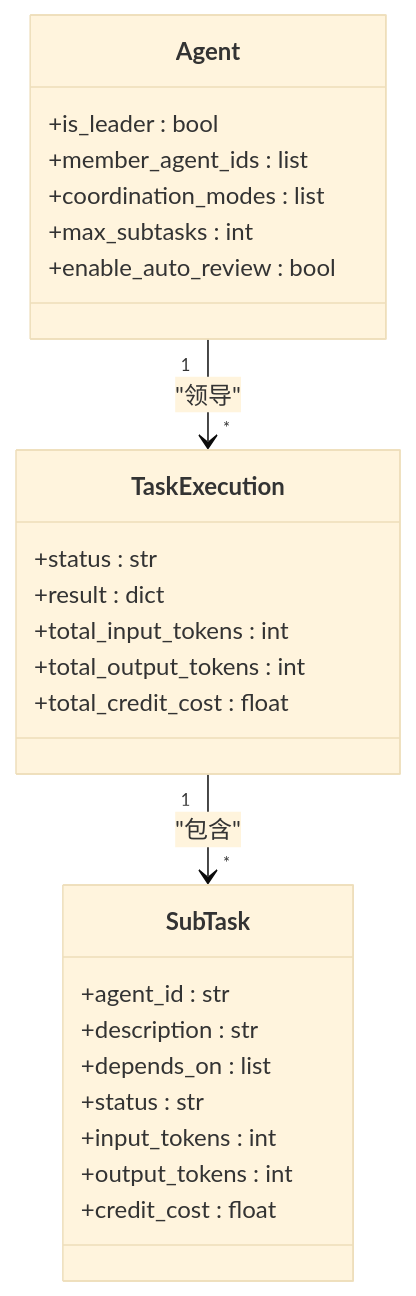
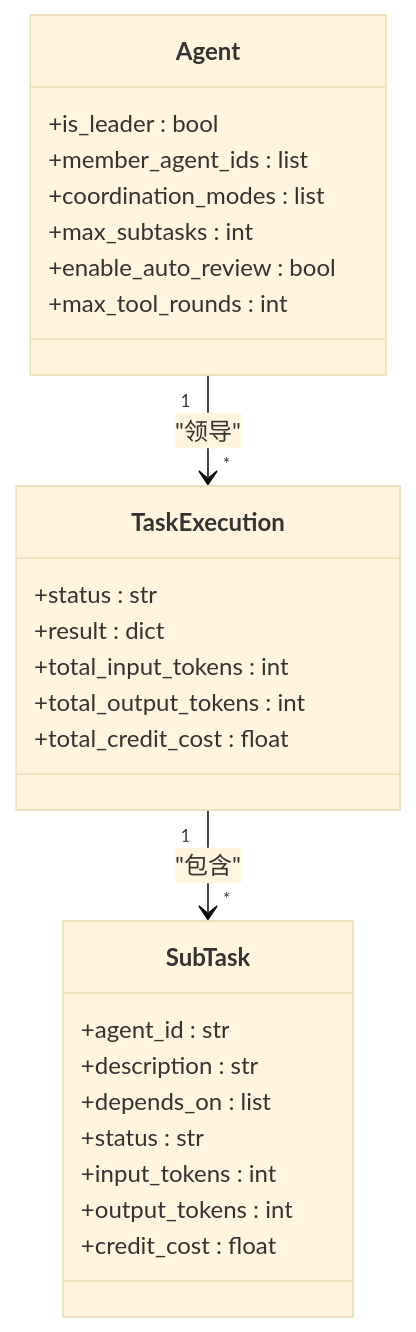
Before and after one commit to KunLabAI/KunFlix: the fourth of 7 diagrams in .qoder/repowiki/zh/content/开发者指南/智能代理配置.md, drawn with Mermaid (base theme). The commit also changed other lines of this file and 78 other files, not shown here.

````diff
--- a/.qoder/repowiki/zh/content/开发者指南/智能代理配置.md
+++ b/.qoder/repowiki/zh/content/开发者指南/智能代理配置.md
@@ -179,28 +209,29 @@
 ```mermaid
 classDiagram
 class Agent {
 +is_leader : bool
 +member_agent_ids : list
 +coordination_modes : list
 +max_subtasks : int
 +enable_auto_review : bool
++max_tool_rounds : int
 }
 class TaskExecution {
 +status : str
 +result : dict
 +total_input_tokens : int
 +total_output_tokens : int
 +total_credit_cost : float
 }
 class SubTask {
 +agent_id : str
 +description : str
 +depends_on : list
 +status : str
 +input_tokens : int
 +output_tokens : int
 +credit_cost : float
 }
 Agent "1" --> "*" TaskExecution : "领导"
 TaskExecution "1" --> "*" SubTask : "包含"
 ```
````
